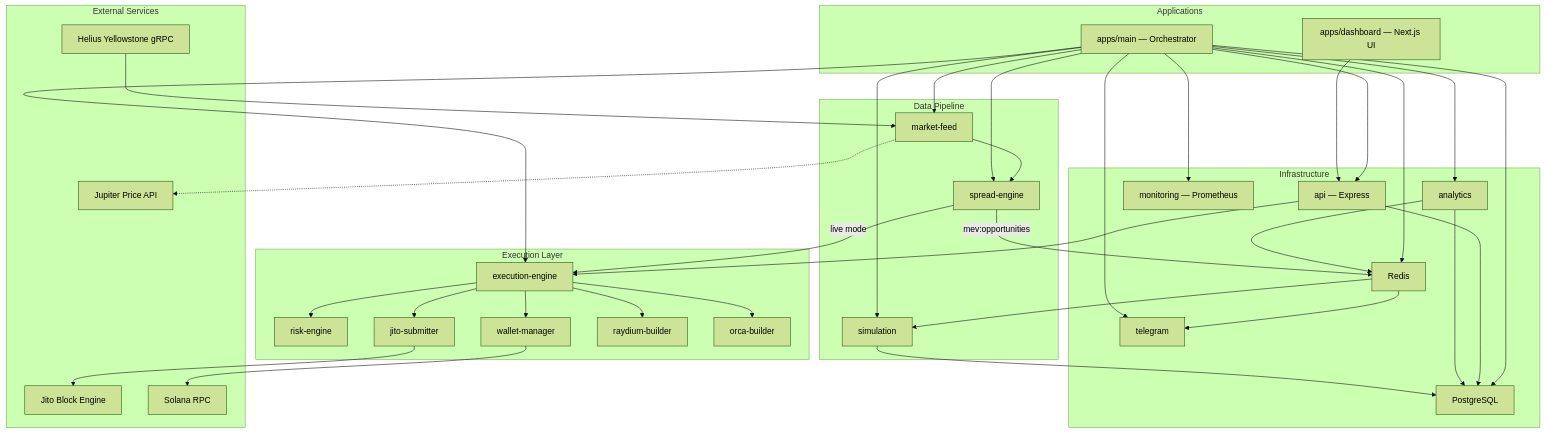
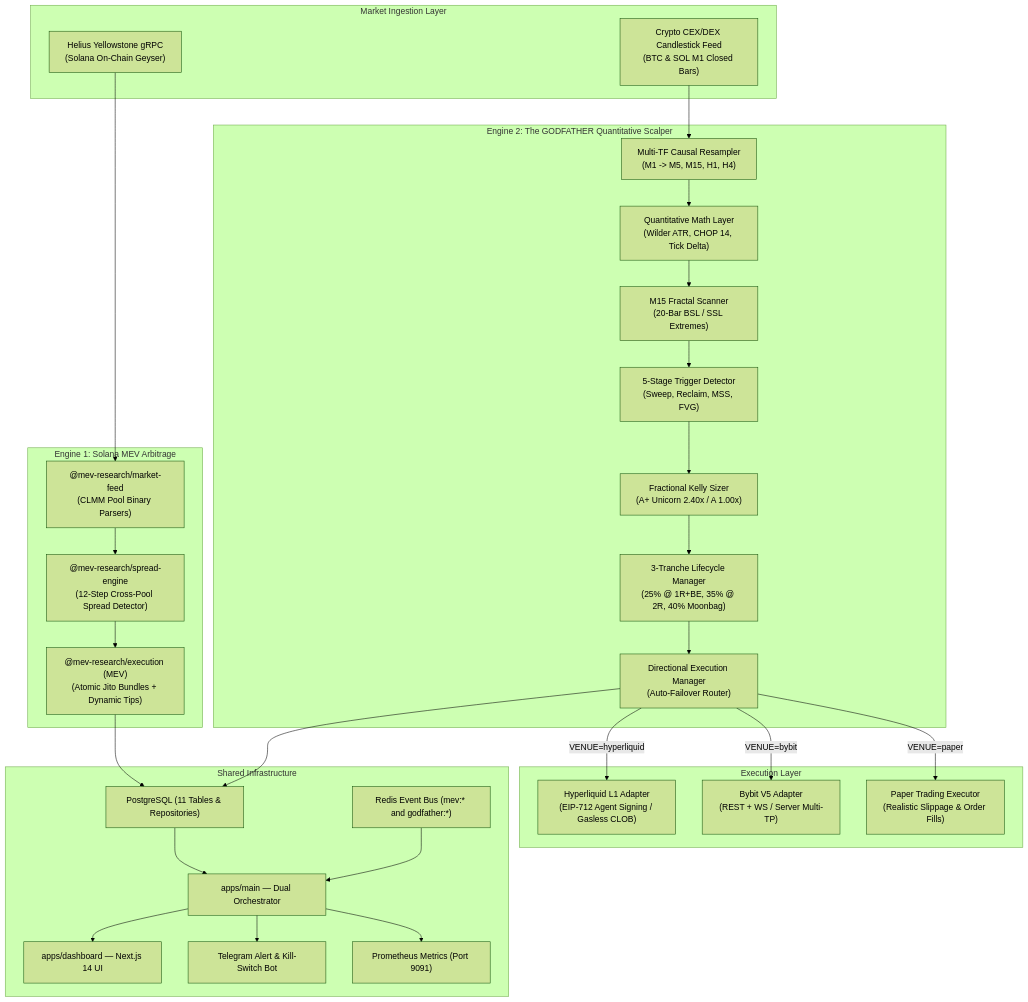
One commit to techsavvymohan/CryptoSniper changed the diagram in README.md. Above: the diagram before and after it, drawn with Mermaid (forest theme). The commit also changed other lines of this file and 51 other files, not shown here.

Commit message:
feat: implement Godfather SMC directional scalper, Hyperliquid footprint VWAP delta, and multi-region Geyser with leader-aware Jito routing

````diff
--- a/README.md
+++ b/README.md
@@ -38,71 +39,55 @@
 ```mermaid
 flowchart TB
-  subgraph external [External Services]
-    Helius["Helius Yellowstone gRPC"]
-    Jito["Jito Block Engine"]
-    Solana["Solana RPC"]
-    Jupiter["Jupiter Price API"]
+  subgraph MarketData [Market Ingestion Layer]
+    Helius["Helius Yellowstone gRPC<br/>(Solana On-Chain Geyser)"]
+    CryptoWS["Crypto CEX/DEX Candlestick Feed<br/>(BTC & SOL M1 Closed Bars)"]
   end
 
-  subgraph apps [Applications]
-    Main["apps/main — Orchestrator"]
-    Dashboard["apps/dashboard — Next.js UI"]
+  subgraph Engine1 [Engine 1: Solana MEV Arbitrage]
+    MarketFeed["@mev-research/market-feed<br/>(CLMM Pool Binary Parsers)"]
+    SpreadEngine["@mev-research/spread-engine<br/>(12-Step Cross-Pool Spread Detector)"]
+    JitoExec["@mev-research/execution (MEV)<br/>(Atomic Jito Bundles + Dynamic Tips)"]
   end
 
-  subgraph pipeline [Data Pipeline]
-    MF["market-feed"]
-    SE["spread-engine"]
-    SIM["simulation"]
+  subgraph Engine2 [Engine 2: The GODFATHER Quantitative Scalper]
+    CandleAgg["Multi-TF Causal Resampler<br/>(M1 -> M5, M15, H1, H4)"]
+    QuantIndicators["Quantitative Math Layer<br/>(Wilder ATR, CHOP 14, Tick Delta)"]
+    StructureDetector["M15 Fractal Scanner<br/>(20-Bar BSL / SSL Extremes)"]
+    TriggerEngine["5-Stage Trigger Detector<br/>(Sweep, Reclaim, MSS, FVG)"]
+    RiskSizer["Fractional Kelly Sizer<br/>(A+ Unicorn 2.40x / A 1.00x)"]
+    TrancheManager["3-Tranche Lifecycle Manager<br/>(25% @ 1R+BE, 35% @ 2R, 40% Moonbag)"]
+    ExecRouter["Directional Execution Manager<br/>(Auto-Failover Router)"]
   end
 
-  subgraph execution [Execution Layer]
-    EE["execution-engine"]
-    RE["risk-engine"]
-    WM["wallet-manager"]
-    JB["jito-submitter"]
-    RB["raydium-builder"]
-    OB["orca-builder"]
+  subgraph ExecutionVenues [Execution Layer]
+    HL["Hyperliquid L1 Adapter<br/>(EIP-712 Agent Signing / Gasless CLOB)"]
+    Bybit["Bybit V5 Adapter<br/>(REST + WS / Server Multi-TP)"]
+    Paper["Paper Trading Executor<br/>(Realistic Slippage & Order Fills)"]
   end
 
-  subgraph infra [Infrastructure]
-    DB["PostgreSQL"]
-    Redis["Redis"]
-    API["api — Express"]
-    TG["telegram"]
-    MON["monitoring — Prometheus"]
-    AN["analytics"]
+  subgraph Infra [Shared Infrastructure]
+    DB["PostgreSQL (11 Tables & Repositories)"]
+    Redis["Redis Event Bus (mev:* and godfather:*)"]
+    Main["apps/main — Dual Orchestrator"]
+    Dashboard["apps/dashboard — Next.js 14 UI"]
+    TG["Telegram Alert & Kill-Switch Bot"]
+    Prom["Prometheus Metrics (Port 9091)"]
   end
 
-  Helius --> MF
-  MF --> SE
-  SE -->|mev:opportunities| Redis
-  Redis --> SIM
-  Redis --> TG
-  SE -->|live mode| EE
-  EE --> RE
-  EE --> WM
-  EE --> JB
-  EE --> RB
-  EE --> OB
-  JB --> Jito
-  WM --> Solana
-  MF -.-> Jupiter
+  %% Flow Engine 1
+  Helius --> MarketFeed --> SpreadEngine --> JitoExec
+  %% Flow Engine 2
+  CryptoWS --> CandleAgg --> QuantIndicators --> StructureDetector --> TriggerEngine --> RiskSizer --> TrancheManager --> ExecRouter
+  ExecRouter -->|VENUE=hyperliquid| HL
+  ExecRouter -->|VENUE=bybit| Bybit
+  ExecRouter -->|VENUE=paper| Paper
 
-  Main --> MF
-  Main --> SE
-  Main --> EE
-  Main --> SIM
-  Main --> AN
-  Main --> API
+  %% Shared links
+  JitoExec --> DB
+  ExecRouter --> DB
+  DB --> Main
+  Redis --> Main
+  Main --> Dashboard
   Main --> TG
-  Main --> MON
-  Main --> DB
-  Main --> Redis
-
-  Dashboard --> API
-  API --> DB
-  API --> EE
-  AN --> DB
-  AN --> Redis
-  SIM --> DB
+  Main --> Prom
 ```
````
